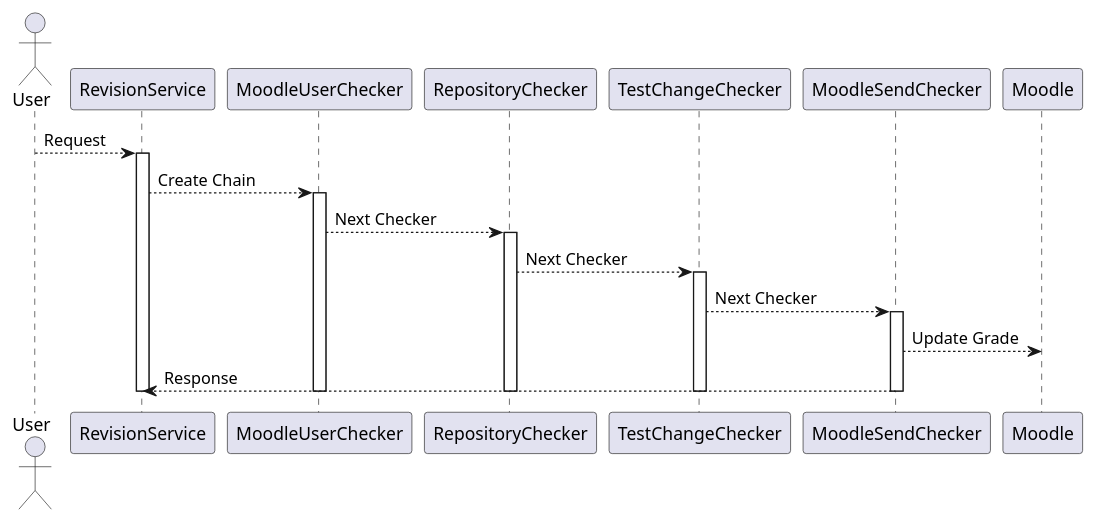
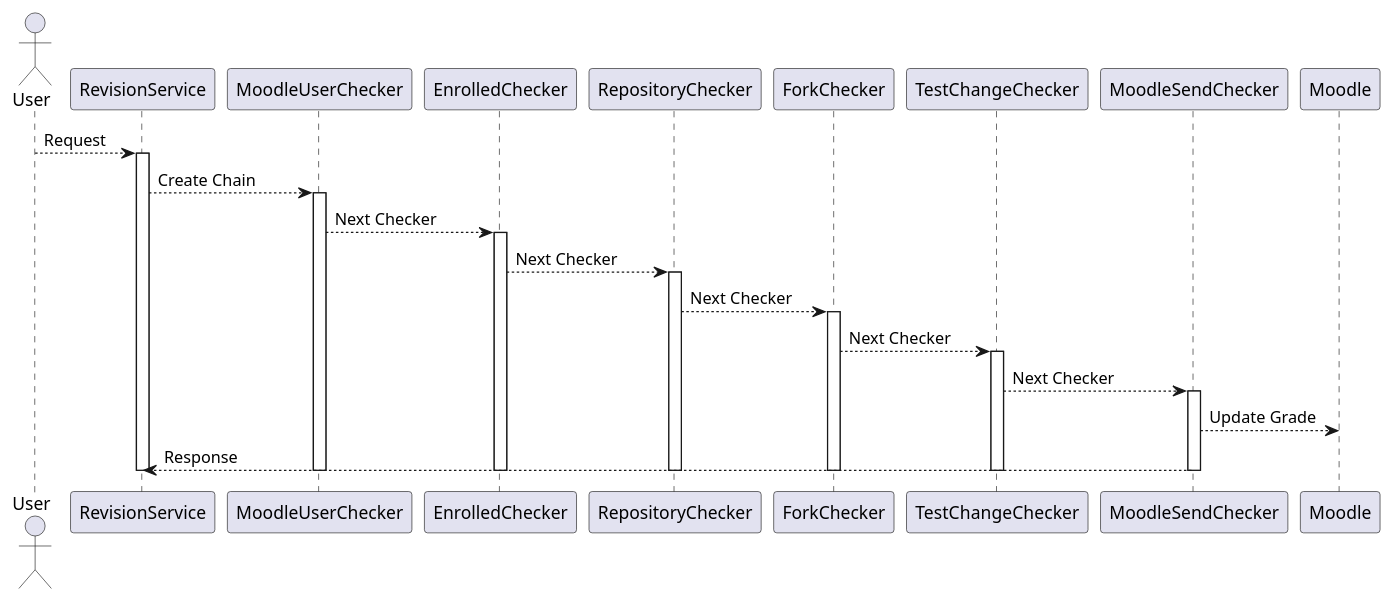
Before and after one commit to orion-services/revision: the diagram in docs/SequenceDiagram.puml, drawn with PlantUML. The commit also changed 1 other file, not shown here.

Commit message:
docs(uml): update diagrams - puml - #1

```diff
--- a/docs/SequenceDiagram.puml
+++ b/docs/SequenceDiagram.puml
@@ -1,21 +1,27 @@
 @startuml
 
 actor User
 User --> RevisionService : Request
 activate RevisionService
 RevisionService --> MoodleUserChecker : Create Chain
 activate MoodleUserChecker
-MoodleUserChecker --> RepositoryChecker : Next Checker
+MoodleUserChecker --> EnrolledChecker : Next Checker
+activate EnrolledChecker
+EnrolledChecker -->  RepositoryChecker: Next Checker
 activate RepositoryChecker
-RepositoryChecker --> TestChangeChecker : Next Checker
+RepositoryChecker --> ForkChecker : Next Checker
+activate ForkChecker
+ForkChecker --> TestChangeChecker : Next Checker
 activate TestChangeChecker
 TestChangeChecker --> MoodleSendChecker : Next Checker
 activate MoodleSendChecker
 MoodleSendChecker --> Moodle : Update Grade
 MoodleSendChecker --> RevisionService : Response
 deactivate 
 deactivate 
 deactivate
 deactivate
 deactivate
+deactivate
+deactivate
 @enduml
```
